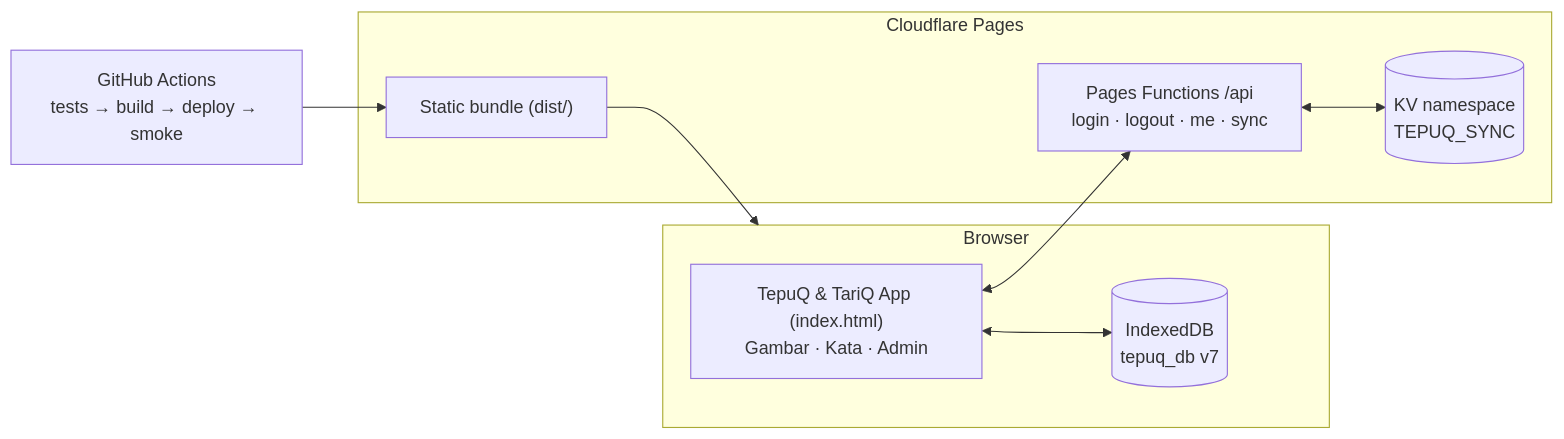
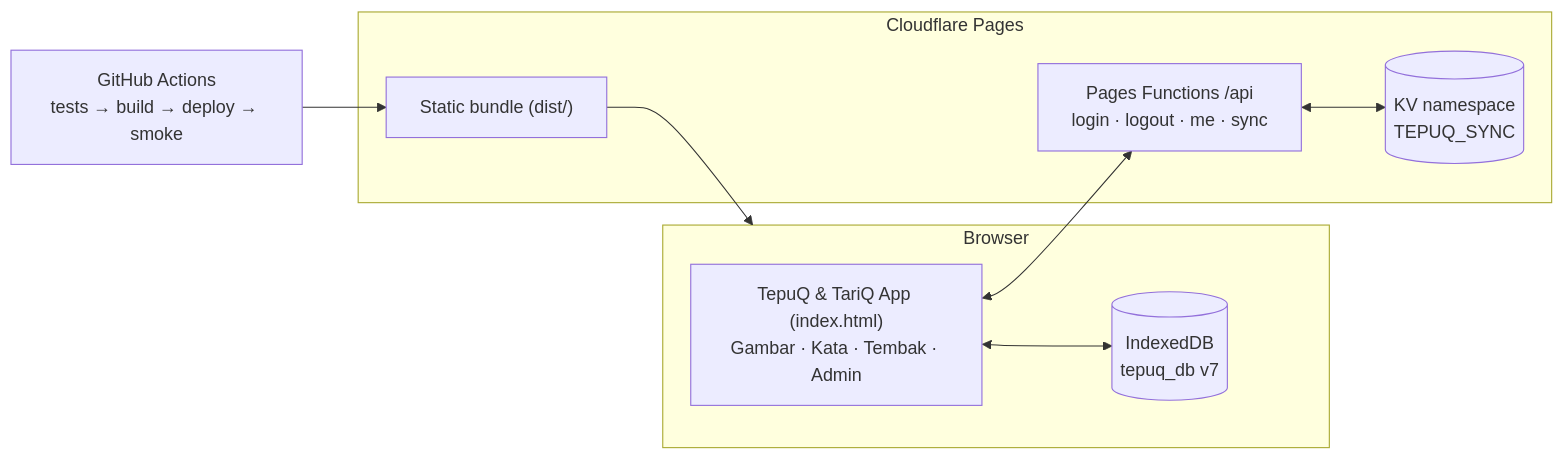
One commit to ahaqqu/TepuQ changed the first of 2 diagrams in docs/architecture.md. Above: the diagram before and after it, drawn with Mermaid. The commit also changed other lines of this file and 20 other files, not shown here.

First line of the commit message:
feat: add TepuQ Tembak marble shooter to the game shell (#59)

````diff
--- a/docs/architecture.md
+++ b/docs/architecture.md
@@ -7,21 +7,21 @@
 ```mermaid
 flowchart LR
     subgraph B ["Browser"]
-        App["TepuQ & TariQ App (index.html)<br/>Gambar · Kata · Admin"]
+        App["TepuQ & TariQ App (index.html)<br/>Gambar · Kata · Tembak · Admin"]
         DB[(IndexedDB<br/>tepuq_db v7)]
     end
 
     subgraph C ["Cloudflare Pages"]
         Static["Static bundle (dist/)"]
         Fn["Pages Functions /api<br/>login · logout · me · sync"]
         KV[(KV namespace<br/>TEPUQ_SYNC)]
     end
 
     CI["GitHub Actions<br/>tests → build → deploy → smoke"]
 
     App <--> DB
     Static --> B
     App <--> Fn
     Fn <--> KV
     CI --> Static
 ```
````
